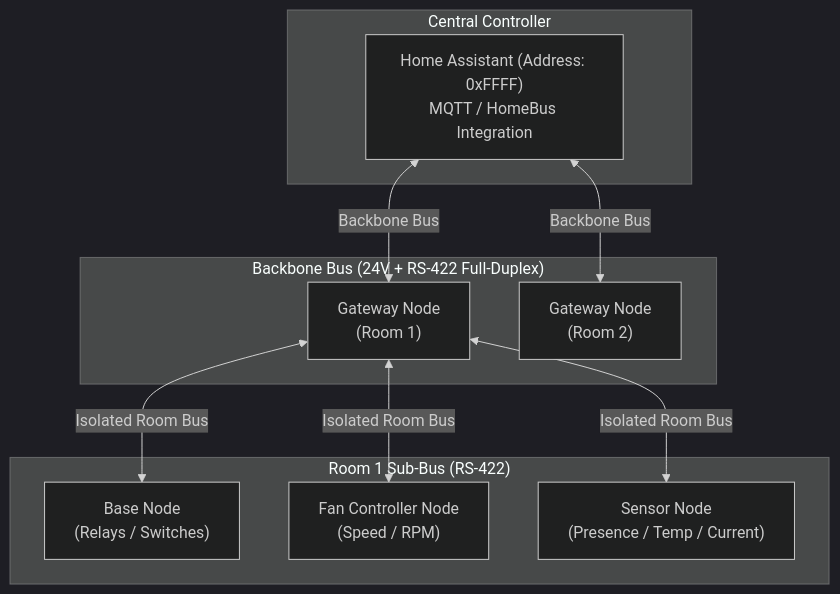
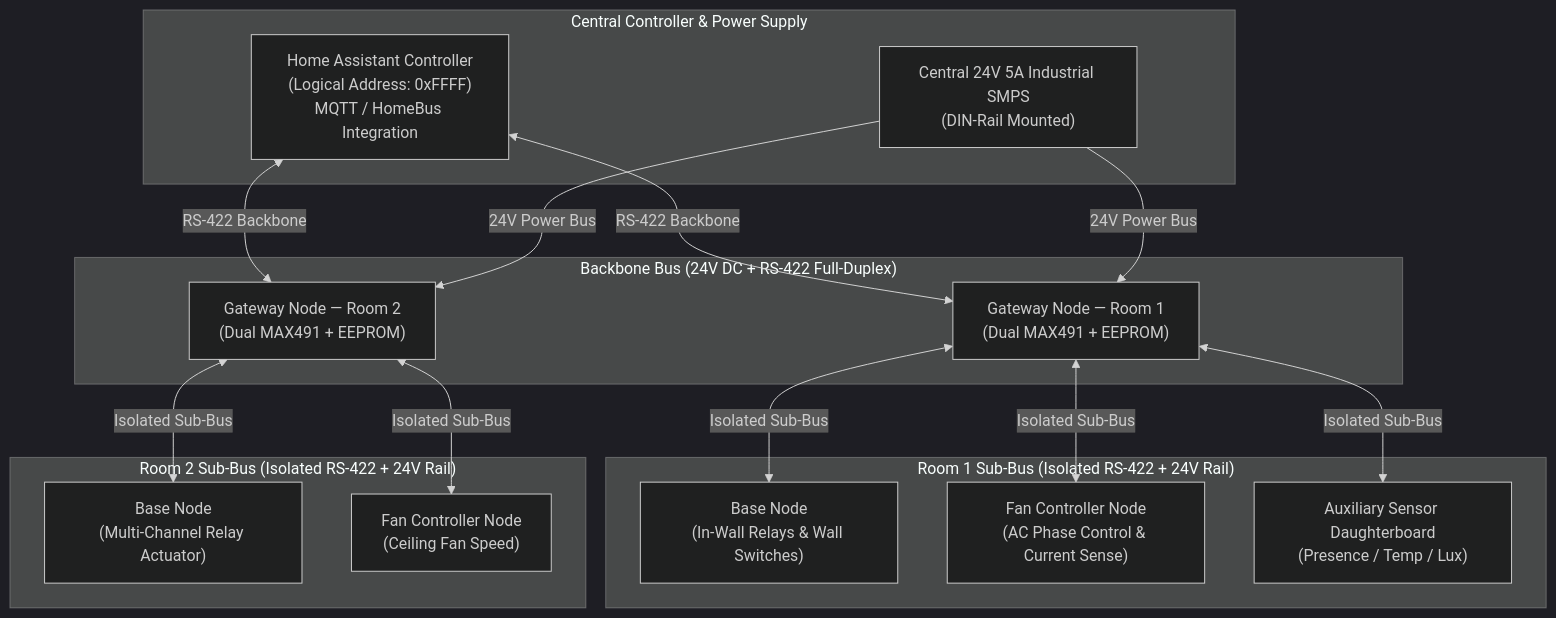
The diagram in README.md (koko69420/HomeBus), drawn with Mermaid (dark theme) before and after one commit. The commit also changed other lines of this file and 102 other files, not shown here.

````diff
--- a/README.md
+++ b/README.md
@@ -36,23 +37,35 @@
 ```mermaid
 flowchart TD
-    subgraph Controller ["Central Controller"]
-        HA["Home Assistant (Address: 0xFFFF)\nMQTT / HomeBus Integration"]
+    subgraph Central ["Central Controller & Power Supply"]
+        HA["Home Assistant Controller\n(Logical Address: 0xFFFF)\nMQTT / HomeBus Integration"]
+        PSU["Central 24V 5A Industrial SMPS\n(DIN-Rail Mounted)"]
     end
 
-    subgraph Backbone ["Backbone Bus (24V + RS-422 Full-Duplex)"]
-        GW1["Gateway Node\n(Room 1)"]
-        GW2["Gateway Node\n(Room 2)"]
+    subgraph Backbone ["Backbone Bus (24V DC + RS-422 Full-Duplex)"]
+        GW1["Gateway Node — Room 1\n(Dual MAX491 + EEPROM)"]
+        GW2["Gateway Node — Room 2\n(Dual MAX491 + EEPROM)"]
     end
 
-    subgraph Room1 ["Room 1 Sub-Bus (RS-422)"]
-        BN1["Base Node\n(Relays / Switches)"]
-        FN1["Fan Controller Node\n(Speed / RPM)"]
-        SN1["Sensor Node\n(Presence / Temp / Current)"]
+    subgraph Room1 ["Room 1 Sub-Bus (Isolated RS-422 + 24V Rail)"]
+        BN1["Base Node\n(In-Wall Relays & Wall Switches)"]
+        FN1["Fan Controller Node\n(AC Phase Control & Current Sense)"]
+        SN1["Auxiliary Sensor Daughterboard\n(Presence / Temp / Lux)"]
     end
 
-    HA <-->|Backbone Bus| GW1
-    HA <-->|Backbone Bus| GW2
-    GW1 <-->|Isolated Room Bus| BN1
-    GW1 <-->|Isolated Room Bus| FN1
-    GW1 <-->|Isolated Room Bus| SN1
+    subgraph Room2 ["Room 2 Sub-Bus (Isolated RS-422 + 24V Rail)"]
+        BN2["Base Node\n(Multi-Channel Relay Actuator)"]
+        FN2["Fan Controller Node\n(Ceiling Fan Speed)"]
+    end
+
+    HA <-->|RS-422 Backbone| GW1
+    HA <-->|RS-422 Backbone| GW2
+    PSU -->|24V Power Bus| GW1
+    PSU -->|24V Power Bus| GW2
+
+    GW1 <-->|Isolated Sub-Bus| BN1
+    GW1 <-->|Isolated Sub-Bus| FN1
+    GW1 <-->|Isolated Sub-Bus| SN1
+
+    GW2 <-->|Isolated Sub-Bus| BN2
+    GW2 <-->|Isolated Sub-Bus| FN2
 ```
````
